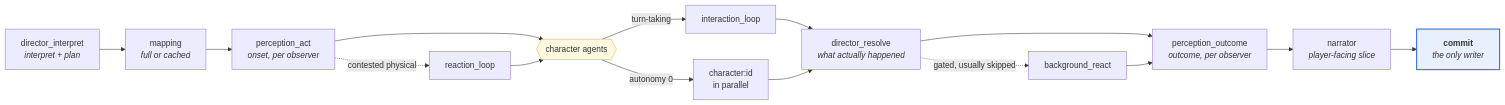
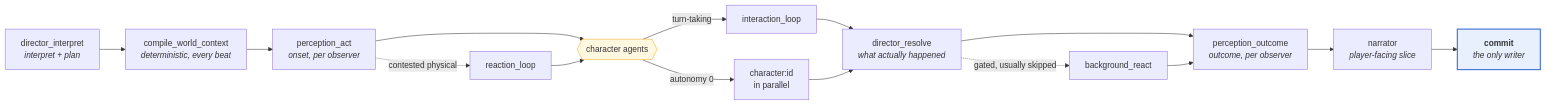
The second of 9 diagrams in docs/guides/ENGINEERING.md (N0819/Sonder_Engine), drawn with Mermaid before and after one commit. The commit also changed other lines of this file and 73 other files, not shown here.

````diff
--- a/docs/guides/ENGINEERING.md
+++ b/docs/guides/ENGINEERING.md
@@ -148,20 +162,20 @@
 ```mermaid
 flowchart LR
-    DI["director_interpret<br/><i>interpret + plan</i>"] --> MAP["mapping<br/><i>full or cached</i>"]
+    DI["director_interpret<br/><i>interpret + plan</i>"] --> MAP["compile_world_context<br/><i>deterministic, every beat</i>"]
     MAP --> PA["perception_act<br/><i>onset, per observer</i>"]
     PA -.->|"contested physical"| RL["reaction_loop"]
     PA --> CH{{"character agents"}}
     RL --> CH
     CH -->|"turn-taking"| IL["interaction_loop"]
     CH -->|"autonomy 0"| PAR["character:id<br/>in parallel"]
     IL --> DR["director_resolve<br/><i>what actually happened</i>"]
     PAR --> DR
     DR -.->|"gated, usually skipped"| BG["background_react"]
     DR --> PO["perception_outcome<br/><i>outcome, per observer</i>"]
     BG --> PO
     PO --> NAR["narrator<br/><i>player-facing slice</i>"]
     NAR --> CM["<b>commit</b><br/><i>the only writer</i>"]
 
     style CM fill:#e8f0fe,stroke:#3367d6,stroke-width:2px
     style CH fill:#fff8e1,stroke:#f9a825
 ```
````
